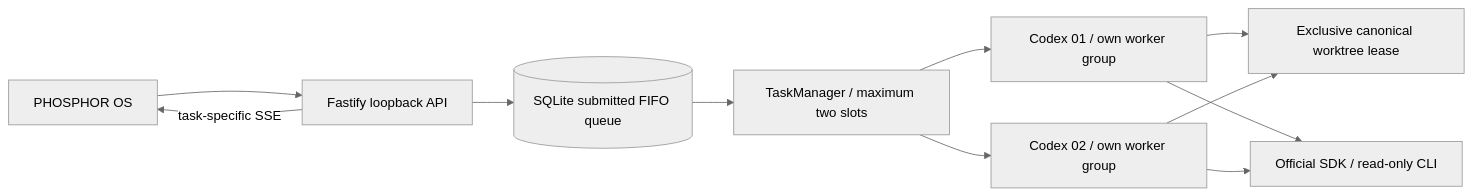
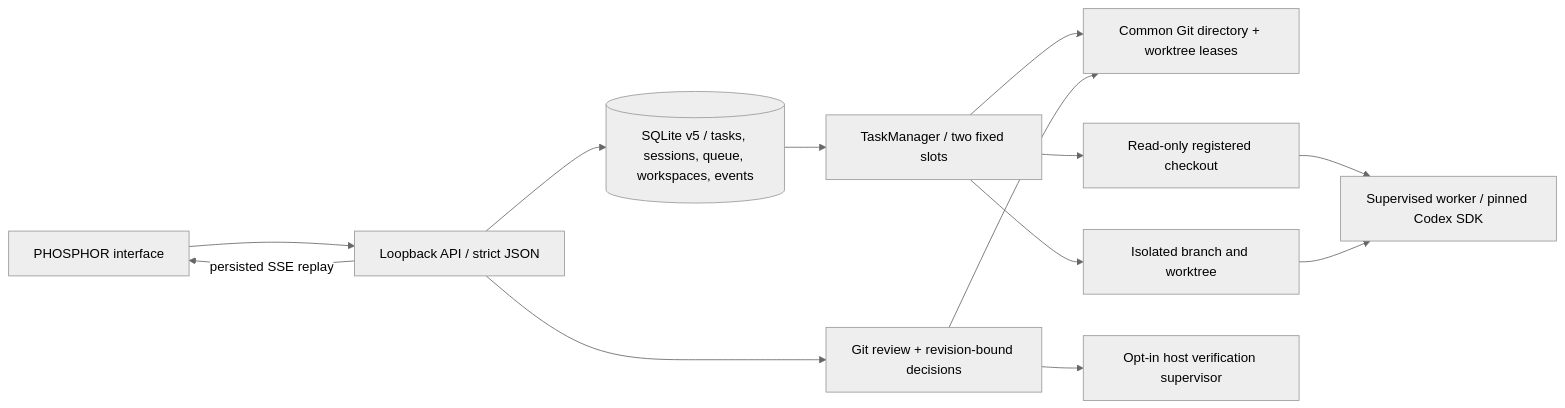
Before and after one commit to vlovers/ai-office: the diagram in docs/ARCHITECTURE.md, drawn with Mermaid (neutral theme). The commit also changed other lines of this file and 8 other files, not shown here.

````diff
--- a/docs/ARCHITECTURE.md
+++ b/docs/ARCHITECTURE.md
@@ -19,13 +5,15 @@
 ```mermaid
 flowchart LR
-  UI[PHOSPHOR OS] --> API[Fastify loopback API]
-  API --> Queue[(SQLite submitted FIFO queue)]
-  Queue --> Manager[TaskManager / maximum two slots]
-  Manager --> A[Codex 01 / own worker group]
-  Manager --> B[Codex 02 / own worker group]
-  A --> Lease[Exclusive canonical worktree lease]
-  B --> Lease
-  A --> SDK[Official SDK / read-only CLI]
-  B --> SDK
-  API -->|task-specific SSE| UI
+  UI[PHOSPHOR interface] --> API[Loopback API / strict JSON]
+  API --> Store[(SQLite v5 / tasks, sessions, queue, workspaces, events)]
+  Store --> Manager[TaskManager / two fixed slots]
+  Manager --> Leases[Common Git directory + worktree leases]
+  Manager --> RO[Read-only registered checkout]
+  Manager --> WT[Isolated branch and worktree]
+  RO --> Codex[Supervised worker / pinned Codex SDK]
+  WT --> Codex
+  API --> Review[Git review + revision-bound decisions]
+  Review --> Leases
+  Review --> Verify[Opt-in host verification supervisor]
+  API -->|persisted SSE replay| UI
 ```
````
